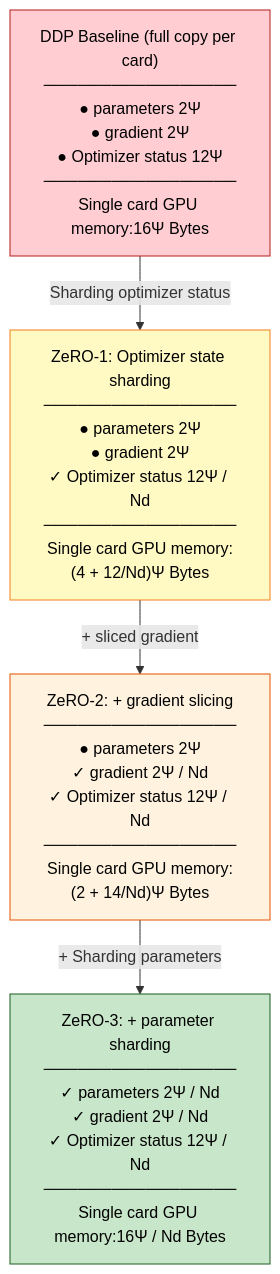
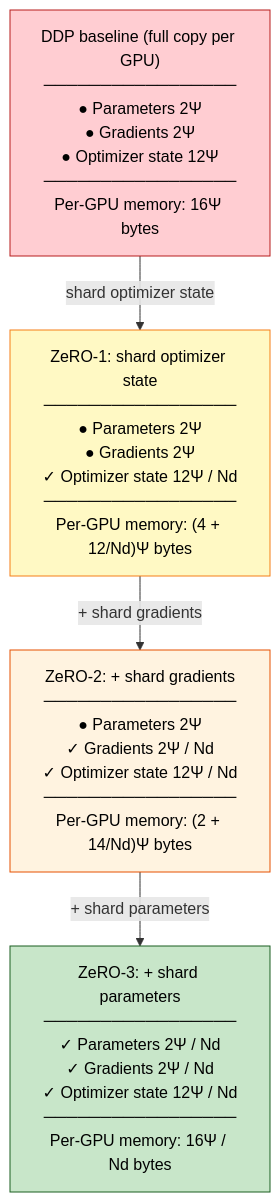
One commit to TingdeLiu/tingdeliu.github.io changed diagram 14 of 29 in _translations/en/research/LLM-Training-Survey.md. Above: the diagram before and after it, drawn with Mermaid. The commit also changed other lines of this file and 2 other files, not shown here.

First line of the commit message:
docs(llm-survey): polish English edition and add evolution timeline

````diff
--- a/_translations/en/research/LLM-Training-Survey.md
+++ b/_translations/en/research/LLM-Training-Survey.md
@@ -2703,17 +2721,17 @@
 ```mermaid
 flowchart TD
-    DDP["DDP Baseline (full copy per card)<br>─────────────────<br>● parameters 2Ψ<br>● gradient 2Ψ<br>● Optimizer status 12Ψ<br>─────────────────<br>Single card GPU memory:16Ψ Bytes"]
+    DDP["DDP baseline (full copy per GPU)<br>─────────────────<br>● Parameters 2Ψ<br>● Gradients 2Ψ<br>● Optimizer state 12Ψ<br>─────────────────<br>Per-GPU memory: 16Ψ bytes"]
 
-    Z1["ZeRO-1: Optimizer state sharding<br>─────────────────<br>● parameters 2Ψ<br>● gradient 2Ψ<br>✓ Optimizer status 12Ψ / Nd<br>─────────────────<br>Single card GPU memory:(4 + 12/Nd)Ψ Bytes"]
+    Z1["ZeRO-1: shard optimizer state<br>─────────────────<br>● Parameters 2Ψ<br>● Gradients 2Ψ<br>✓ Optimizer state 12Ψ / Nd<br>─────────────────<br>Per-GPU memory: (4 + 12/Nd)Ψ bytes"]
 
-    Z2["ZeRO-2: + gradient slicing<br>─────────────────<br>● parameters 2Ψ<br>✓ gradient 2Ψ / Nd<br>✓ Optimizer status 12Ψ / Nd<br>─────────────────<br>Single card GPU memory:(2 + 14/Nd)Ψ Bytes"]
+    Z2["ZeRO-2: + shard gradients<br>─────────────────<br>● Parameters 2Ψ<br>✓ Gradients 2Ψ / Nd<br>✓ Optimizer state 12Ψ / Nd<br>─────────────────<br>Per-GPU memory: (2 + 14/Nd)Ψ bytes"]
 
-    Z3["ZeRO-3: + parameter sharding<br>─────────────────<br>✓ parameters 2Ψ / Nd<br>✓ gradient 2Ψ / Nd<br>✓ Optimizer status 12Ψ / Nd<br>─────────────────<br>Single card GPU memory:16Ψ / Nd Bytes"]
+    Z3["ZeRO-3: + shard parameters<br>─────────────────<br>✓ Parameters 2Ψ / Nd<br>✓ Gradients 2Ψ / Nd<br>✓ Optimizer state 12Ψ / Nd<br>─────────────────<br>Per-GPU memory: 16Ψ / Nd bytes"]
 
-    DDP -->|"Sharding optimizer status"| Z1 -->|"+ sliced gradient"| Z2 -->|"+ Sharding parameters"| Z3
+    DDP -->|"shard optimizer state"| Z1 -->|"+ shard gradients"| Z2 -->|"+ shard parameters"| Z3
 
     style DDP fill:#ffcdd2,stroke:#b71c1c,color:#000
     style Z1 fill:#fff9c4,stroke:#f57f17,color:#000
     style Z2 fill:#fff3e0,stroke:#e65100,color:#000
     style Z3 fill:#c8e6c9,stroke:#1b5e20,color:#000
 ```
````
